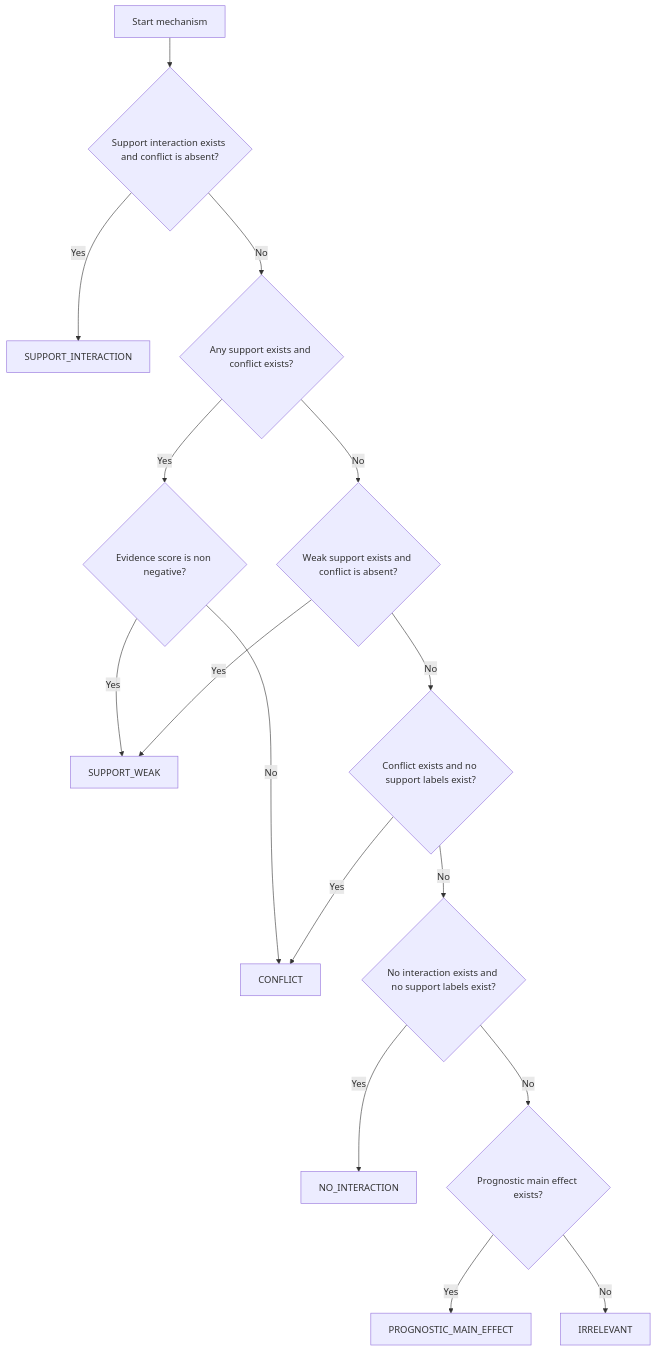
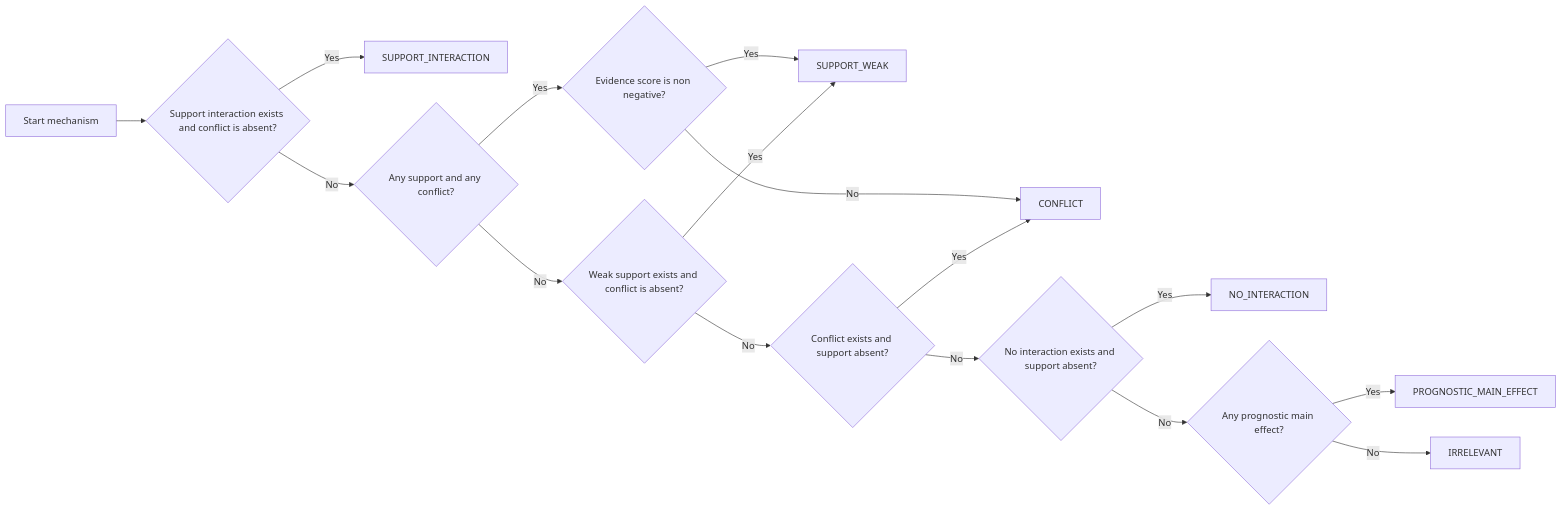
Before and after one commit to q8888620002/LIFT-XAI: the diagram in README.md, drawn with Mermaid.

Commit message:
include ResearchAgent

````diff
--- a/README.md
+++ b/README.md
@@ -69,21 +69,21 @@
 ```mermaid
-flowchart TD
+flowchart LR
     A[Start mechanism] --> B{"Support interaction exists and conflict is absent?"}
     B -- Yes --> L1[SUPPORT_INTERACTION]
-    B -- No --> C{"Any support exists and conflict exists?"}
+    B -- No --> C{"Any support and any conflict?"}
 
     C -- Yes --> D{"Evidence score is non negative?"}
     D -- Yes --> L2[SUPPORT_WEAK]
     D -- No --> L3[CONFLICT]
 
     C -- No --> E{"Weak support exists and conflict is absent?"}
     E -- Yes --> L2
-    E -- No --> F{"Conflict exists and no support labels exist?"}
+    E -- No --> F{"Conflict exists and support absent?"}
 
     F -- Yes --> L3
-    F -- No --> G{"No interaction exists and no support labels exist?"}
+    F -- No --> G{"No interaction exists and support absent?"}
     G -- Yes --> L4[NO_INTERACTION]
-    G -- No --> H{"Prognostic main effect exists?"}
+    G -- No --> H{"Any prognostic main effect?"}
     H -- Yes --> L5[PROGNOSTIC_MAIN_EFFECT]
     H -- No --> L6[IRRELEVANT]
 ```
````
